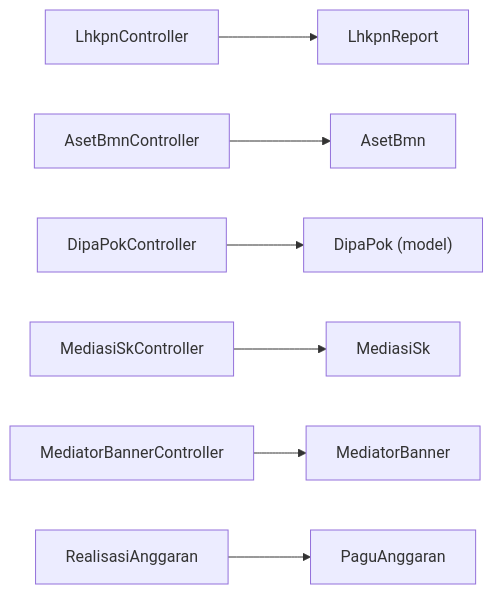
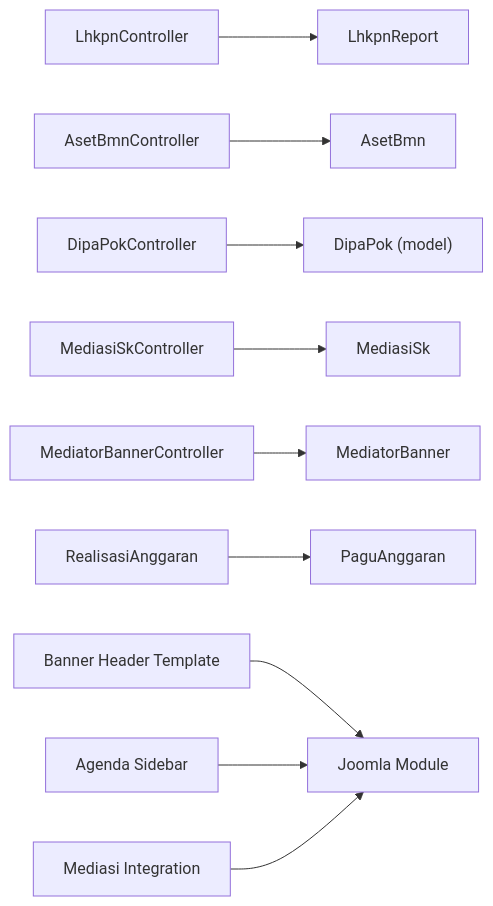
The ninth of 9 diagrams in .qoder/repowiki/en/content/Integration Documentation/Integration Documentation.md (backuppapnj/api-web), drawn with Mermaid before and after one commit. The commit also changed other lines of this file and 13 other files, not shown here.

````diff
--- a/.qoder/repowiki/en/content/Integration Documentation/Integration Documentation.md
+++ b/.qoder/repowiki/en/content/Integration Documentation/Integration Documentation.md
@@ -403,9 +497,12 @@
 ```mermaid
 graph LR
 LH["LhkpnController"] --> MR["LhkpnReport"]
 AB["AsetBmnController"] --> MB["AsetBmn"]
 DP["DipaPokController"] --> MD["DipaPok (model)"]
 MS["MediasiSkController"] --> MSK["MediasiSk"]
 MBanner["MediatorBannerController"] --> MBB["MediatorBanner"]
 RA["RealisasiAnggaran"] --> PG["PaguAnggaran"]
+BH["Banner Header Template"] --> J1["Joomla Module"]
+AS["Agenda Sidebar"] --> J1
+MI["Mediasi Integration"] --> J1
 ```
````
